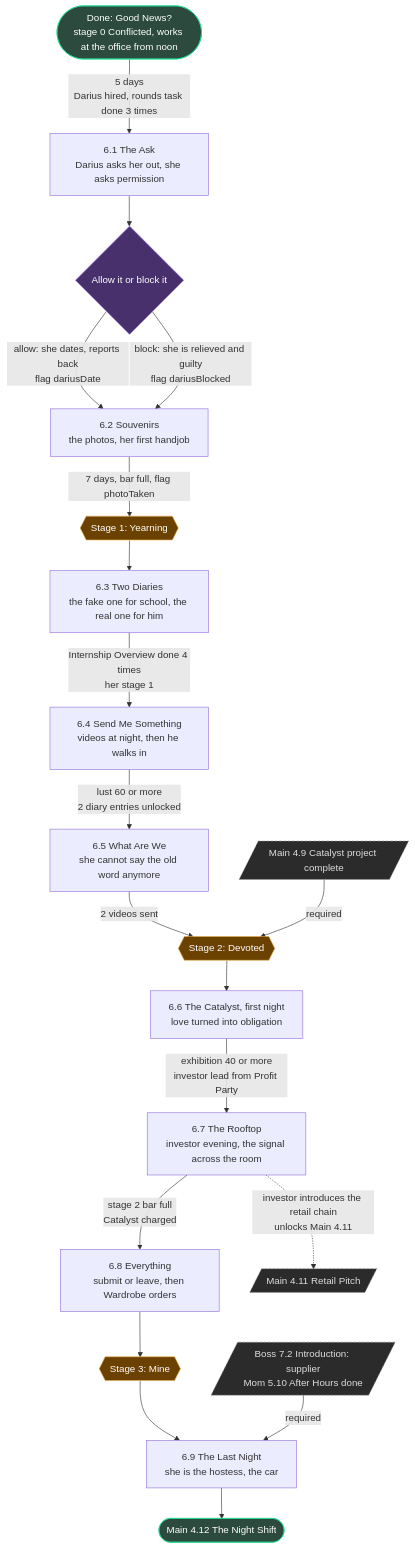
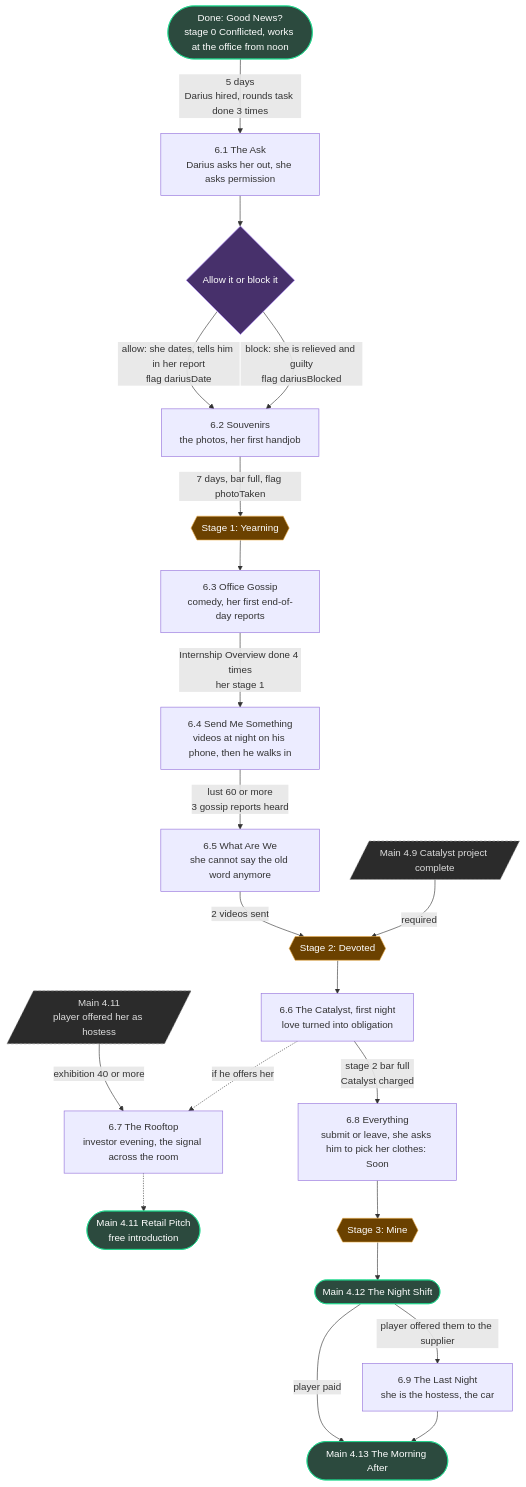
The third of 9 diagrams in STAGE1_FLOWCHARTS.md (MichaelWinsauer/RTR), drawn with Mermaid before and after one commit. The commit also changed other lines of this file and 1 other file, not shown here.

Commit message:
plan: update stage 1 story

````diff
--- a/STAGE1_FLOWCHARTS.md
+++ b/STAGE1_FLOWCHARTS.md
@@ -156,45 +171,49 @@
 ```mermaid
 flowchart TD
   S0(["Done: Good News?<br/>stage 0 Conflicted, works at the office from noon"]):::done
 
   B1["6.1 The Ask<br/>Darius asks her out, she asks permission"]
   D1{"Allow it or block it"}:::choice
   B2["6.2 Souvenirs<br/>the photos, her first handjob"]
   B2H{{"Stage 1: Yearning"}}:::milestone
-  B3["6.3 Two Diaries<br/>the fake one for school, the real one for him"]
-  B4["6.4 Send Me Something<br/>videos at night, then he walks in"]
+  B3["6.3 Office Gossip<br/>comedy, her first end-of-day reports"]
+  B4["6.4 Send Me Something<br/>videos at night on his phone, then he walks in"]
   B5["6.5 What Are We<br/>she cannot say the old word anymore"]
   G1[/"Main 4.9 Catalyst project complete"/]:::gate
   B6H{{"Stage 2: Devoted"}}:::milestone
   B6["6.6 The Catalyst, first night<br/>love turned into obligation"]
+  G3[/"Main 4.11<br/>player offered her as hostess"/]:::gate
   B7["6.7 The Rooftop<br/>investor evening, the signal across the room"]
-  B8["6.8 Everything<br/>submit or leave, then Wardrobe orders"]
+  X1(["Main 4.11 Retail Pitch<br/>free introduction"]):::done
+  B8["6.8 Everything<br/>submit or leave, she asks him to pick her clothes: Soon"]
   B8H{{"Stage 3: Mine"}}:::milestone
-  G2[/"Boss 7.2 Introduction: supplier<br/>Mom 5.10 After Hours done"/]:::gate
+  M12(["Main 4.12 The Night Shift"]):::done
   B9["6.9 The Last Night<br/>she is the hostess, the car"]
-  S2(["Main 4.12 The Night Shift"]):::done
+  M13(["Main 4.13 The Morning After"]):::done
 
   S0 -->|"5 days<br/>Darius hired, rounds task done 3 times"| B1
   B1 --> D1
-  D1 -->|"allow: she dates, reports back<br/>flag dariusDate"| B2
+  D1 -->|"allow: she dates, tells him in her report<br/>flag dariusDate"| B2
   D1 -->|"block: she is relieved and guilty<br/>flag dariusBlocked"| B2
   B2 -->|"7 days, bar full, flag photoTaken"| B2H
   B2H --> B3
   B3 -->|"Internship Overview done 4 times<br/>her stage 1"| B4
-  B4 -->|"lust 60 or more<br/>2 diary entries unlocked"| B5
+  B4 -->|"lust 60 or more<br/>3 gossip reports heard"| B5
   B5 -->|"2 videos sent"| B6H
   G1 -->|"required"| B6H
   B6H --> B6
-  B6 -->|"exhibition 40 or more<br/>investor lead from Profit Party"| B7
-  B7 -.->|"investor introduces the retail chain<br/>unlocks Main 4.11"| X1[/"Main 4.11 Retail Pitch"/]:::gate
-  B7 -->|"stage 2 bar full<br/>Catalyst charged"| B8
+  G3 -->|"exhibition 40 or more"| B7
+  B6 -.->|"if he offers her"| B7
+  B7 -.-> X1
+  B6 -->|"stage 2 bar full<br/>Catalyst charged"| B8
   B8 --> B8H
-  B8H --> B9
-  G2 -->|"required"| B9
-  B9 --> S2
+  B8H --> M12
+  M12 -->|"player offered them to the supplier"| B9
+  M12 -->|"player paid"| M13
+  B9 --> M13
 
   classDef done fill:#2c4a3e,stroke:#1cd88d,color:#fff
   classDef choice fill:#47306b,stroke:#b08bff,color:#fff
   classDef milestone fill:#6b4100,stroke:#EAAF4C,color:#fff
   classDef gate fill:#2b2b2b,stroke:#999,color:#ddd,stroke-dasharray:4 3
 ```
````
